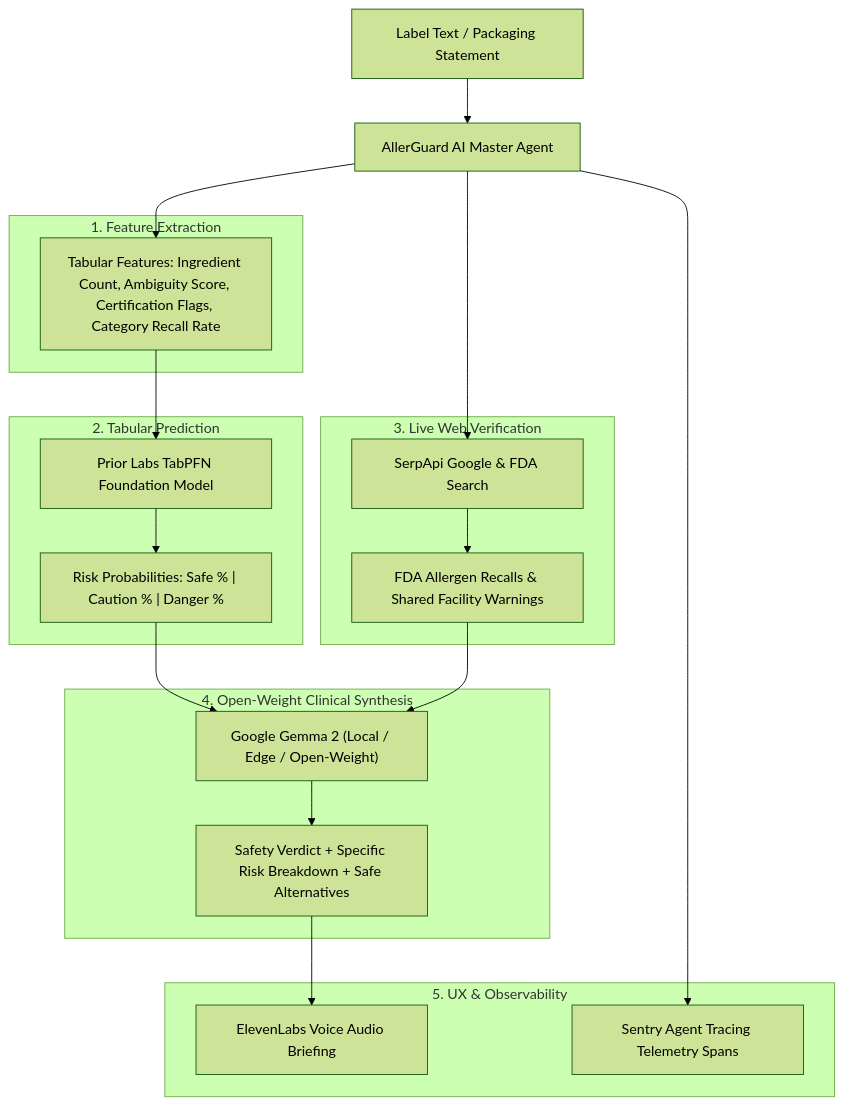
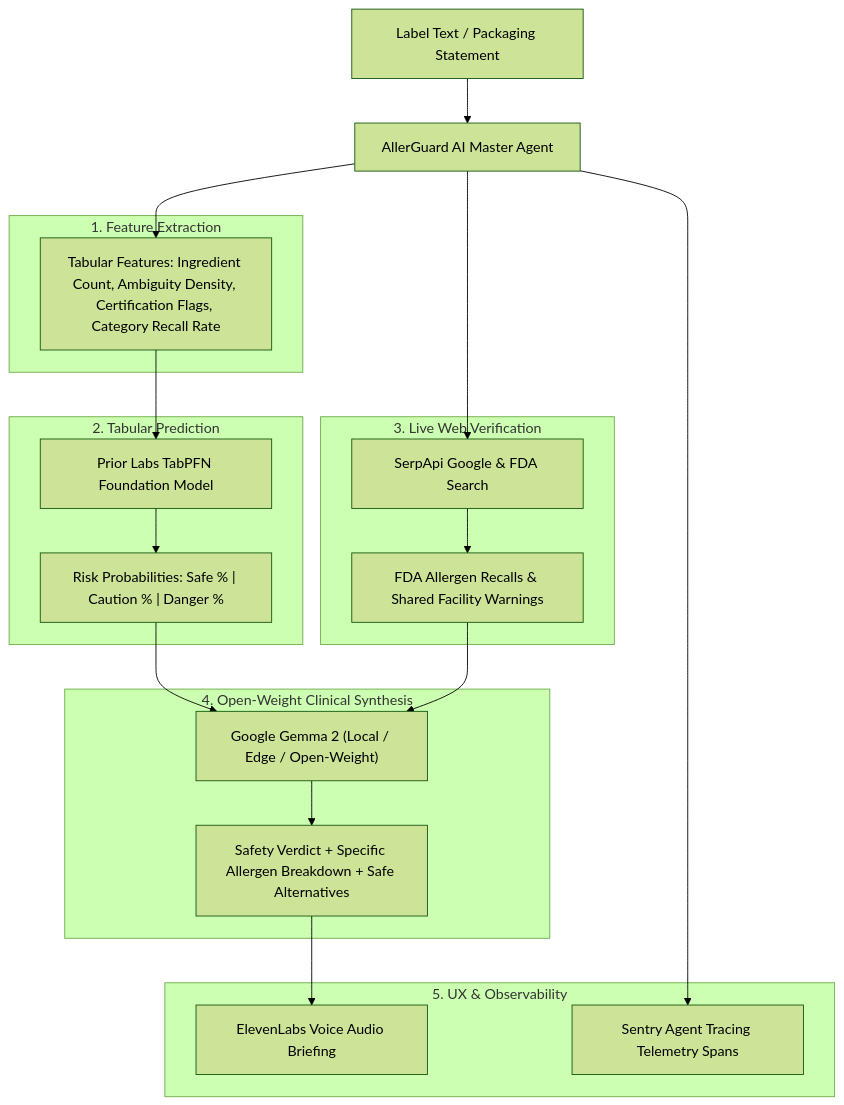
One commit to SixFiveMil/allerguard-ai changed the diagram in README.md. Above: the diagram before and after it, drawn with Mermaid (forest theme). The commit also changed other lines of this file and 12 other files, not shown here.

````diff
--- a/README.md
+++ b/README.md
@@ -21,34 +24,34 @@
 ```mermaid
 flowchart TD
     User["Label Text / Packaging Statement"] --> Agent["AllerGuard AI Master Agent"]
 
     subgraph FeaturePipeline ["1. Feature Extraction"]
-        Feat["Tabular Features: Ingredient Count, Ambiguity Score, Certification Flags, Category Recall Rate"]
+        Feat["Tabular Features: Ingredient Count, Ambiguity Density, Certification Flags, Category Recall Rate"]
     end
 
     subgraph TabPFNEngine ["2. Tabular Prediction"]
         TabPFN["Prior Labs TabPFN Foundation Model"]
         Probs["Risk Probabilities: Safe % | Caution % | Danger %"]
     end
 
     subgraph WebGrounding ["3. Live Web Verification"]
         SerpApi["SerpApi Google & FDA Search"]
         Recalls["FDA Allergen Recalls & Shared Facility Warnings"]
     end
 
     subgraph ClinicalReasoning ["4. Open-Weight Clinical Synthesis"]
         Gemma["Google Gemma 2 (Local / Edge / Open-Weight)"]
-        Verdict["Safety Verdict + Specific Risk Breakdown + Safe Alternatives"]
+        Verdict["Safety Verdict + Specific Allergen Breakdown + Safe Alternatives"]
     end
 
     subgraph AudioObservability ["5. UX & Observability"]
         ElevenLabs["ElevenLabs Voice Audio Briefing"]
         Sentry["Sentry Agent Tracing Telemetry Spans"]
     end
 
     Agent --> Feat --> TabPFN --> Probs --> Gemma
     Agent --> SerpApi --> Recalls --> Gemma
     Gemma --> Verdict
     Verdict --> ElevenLabs
     Agent --> Sentry
 ```
````
